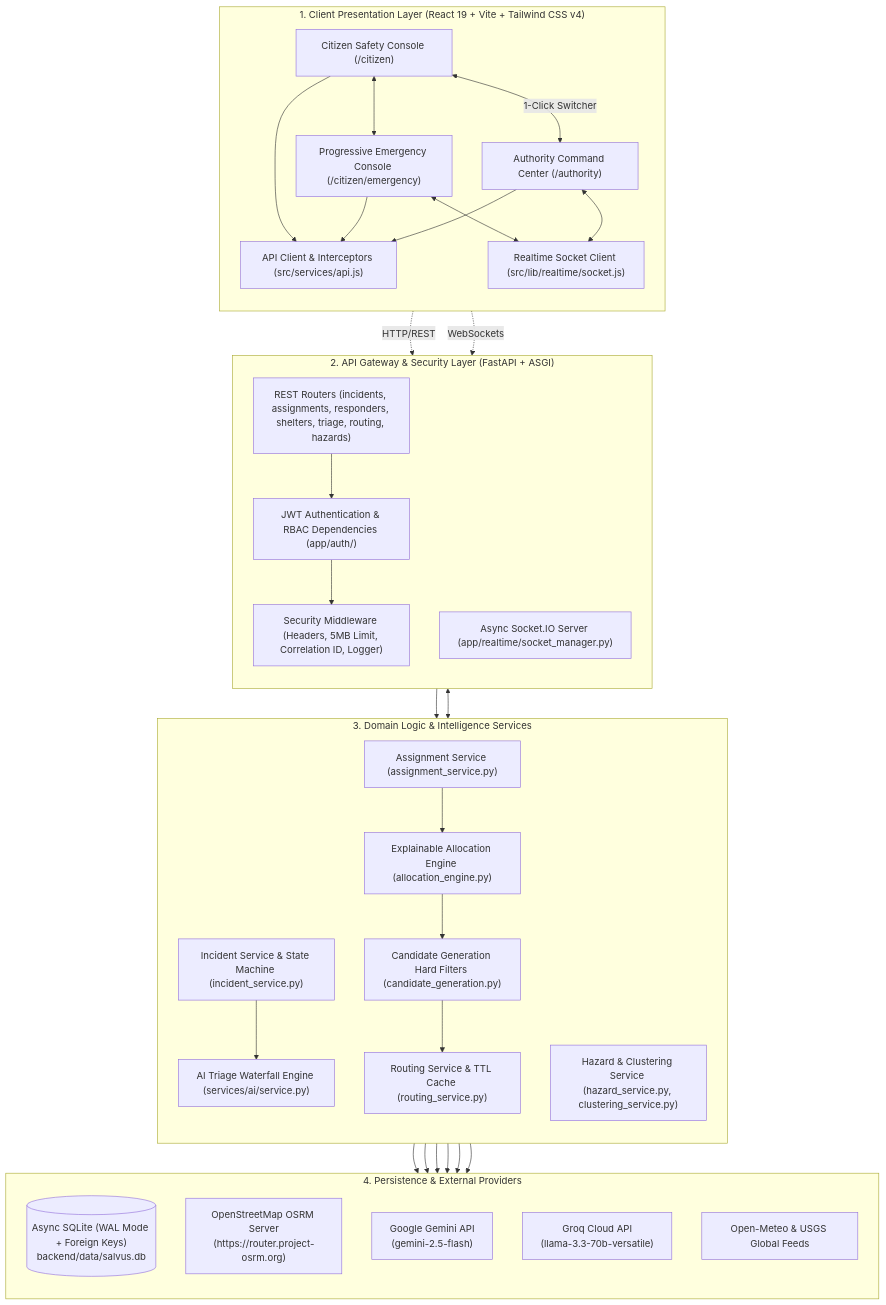
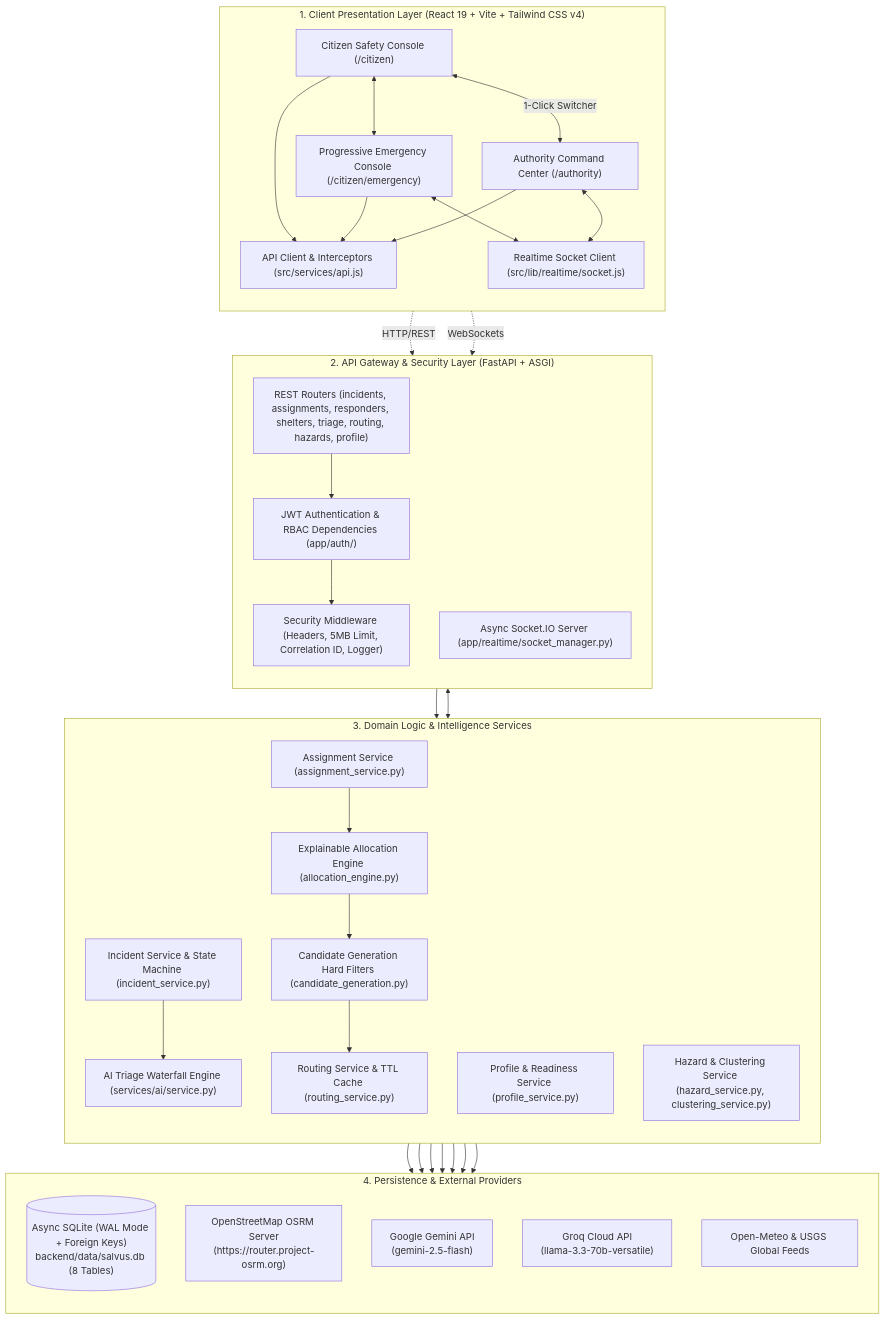
Before and after one commit to pritesh-4/SIH-2026---SALVUS: the first of 4 diagrams in docs/ARCHITECTURE.md, drawn with Mermaid. The commit also changed other lines of this file and 6 other files, not shown here.

````diff
--- a/docs/ARCHITECTURE.md
+++ b/docs/ARCHITECTURE.md
@@ -11,61 +11,63 @@
 ```mermaid
 flowchart TB
     subgraph Client_Presentation ["1. Client Presentation Layer (React 19 + Vite + Tailwind CSS v4)"]
         direction TB
         CitizenApp["Citizen Safety Console (/citizen)"]
         CitizenSOS["Progressive Emergency Console (/citizen/emergency)"]
         AuthorityHQ["Authority Command Center (/authority)"]
         SocketClient["Realtime Socket Client (src/lib/realtime/socket.js)"]
         HTTPClient["API Client & Interceptors (src/services/api.js)"]
 
         CitizenApp <--> CitizenSOS
         CitizenApp <-->|"1-Click Switcher"| AuthorityHQ
         CitizenApp --> HTTPClient
         CitizenSOS --> HTTPClient
         CitizenSOS <--> SocketClient
         AuthorityHQ --> HTTPClient
         AuthorityHQ <--> SocketClient
     end
 
     subgraph API_Gateway ["2. API Gateway & Security Layer (FastAPI + ASGI)"]
         direction TB
         JWTAuth["JWT Authentication & RBAC Dependencies (app/auth/)"]
         SecMiddleware["Security Middleware (Headers, 5MB Limit, Correlation ID, Logger)"]
-        APIRouters["REST Routers (incidents, assignments, responders, shelters, triage, routing, hazards)"]
+        APIRouters["REST Routers (incidents, assignments, responders, shelters, triage, routing, hazards, profile)"]
         SocketEngine["Async Socket.IO Server (app/realtime/socket_manager.py)"]
     end
 
     subgraph Domain_Services ["3. Domain Logic & Intelligence Services"]
         direction TB
         IncidentSvc["Incident Service & State Machine (incident_service.py)"]
         AssignmentSvc["Assignment Service (assignment_service.py)"]
+        ProfileSvc["Profile & Readiness Service (profile_service.py)"]
         AllocationEng["Explainable Allocation Engine (allocation_engine.py)"]
         CandidateGen["Candidate Generation Hard Filters (candidate_generation.py)"]
         RoutingSvc["Routing Service & TTL Cache (routing_service.py)"]
         HazardSvc["Hazard & Clustering Service (hazard_service.py, clustering_service.py)"]
         AIService["AI Triage Waterfall Engine (services/ai/service.py)"]
     end
 
     subgraph Storage_Layer ["4. Persistence & External Providers"]
         direction TB
-        SQLiteDB[("Async SQLite (WAL Mode + Foreign Keys)\nbackend/data/salvus.db")]
+        SQLiteDB[("Async SQLite (WAL Mode + Foreign Keys)\nbackend/data/salvus.db (8 Tables)")]
         OSRMServer["OpenStreetMap OSRM Server\n(https://router.project-osrm.org)"]
         GeminiCloud["Google Gemini API\n(gemini-2.5-flash)"]
         GroqCloud["Groq Cloud API\n(llama-3.3-70b-versatile)"]
         DisasterFeeds["Open-Meteo & USGS Global Feeds"]
     end
 
     HTTPClient -.->|HTTP/REST| APIRouters
     SocketClient -.->|WebSockets| SocketEngine
 
     APIRouters --> JWTAuth --> SecMiddleware --> Domain_Services
     SocketEngine <--> Domain_Services
 
     IncidentSvc --> AIService
     AssignmentSvc --> AllocationEng --> CandidateGen --> RoutingSvc
     IncidentSvc --> SQLiteDB
     AssignmentSvc --> SQLiteDB
+    ProfileSvc --> SQLiteDB
     AIService --> GeminiCloud & GroqCloud
     RoutingSvc --> OSRMServer
     HazardSvc --> DisasterFeeds
 ```
````
